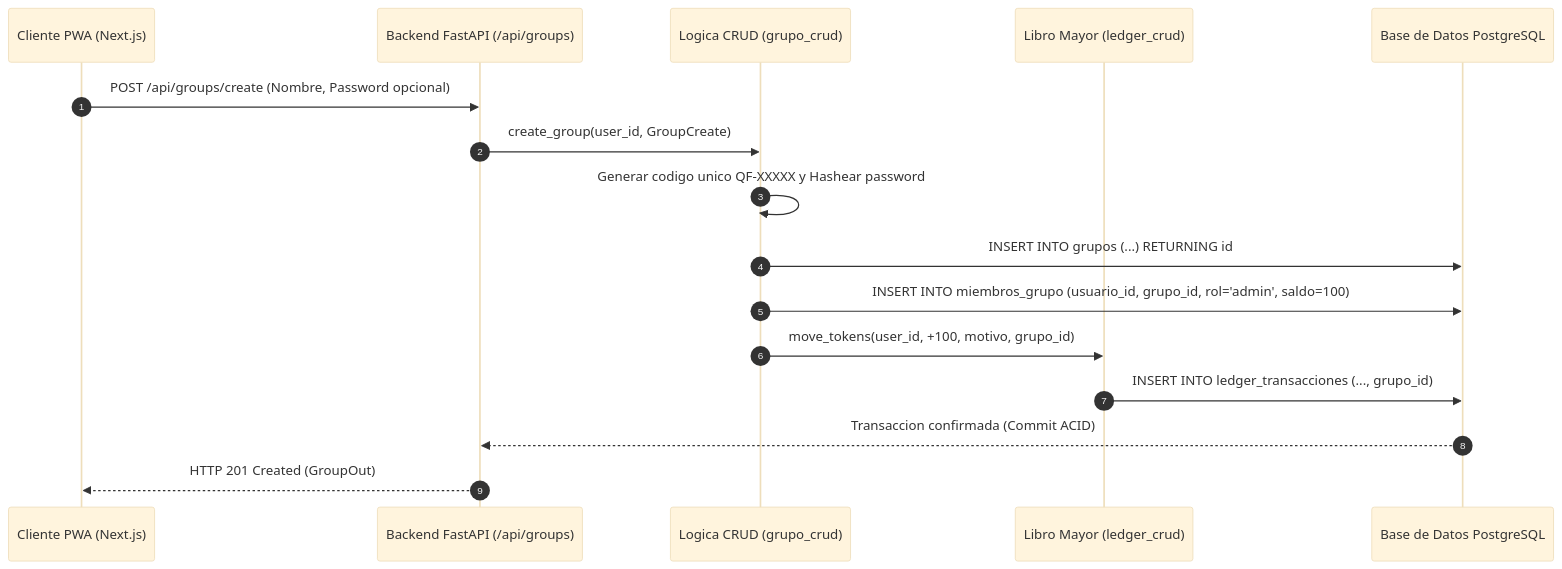
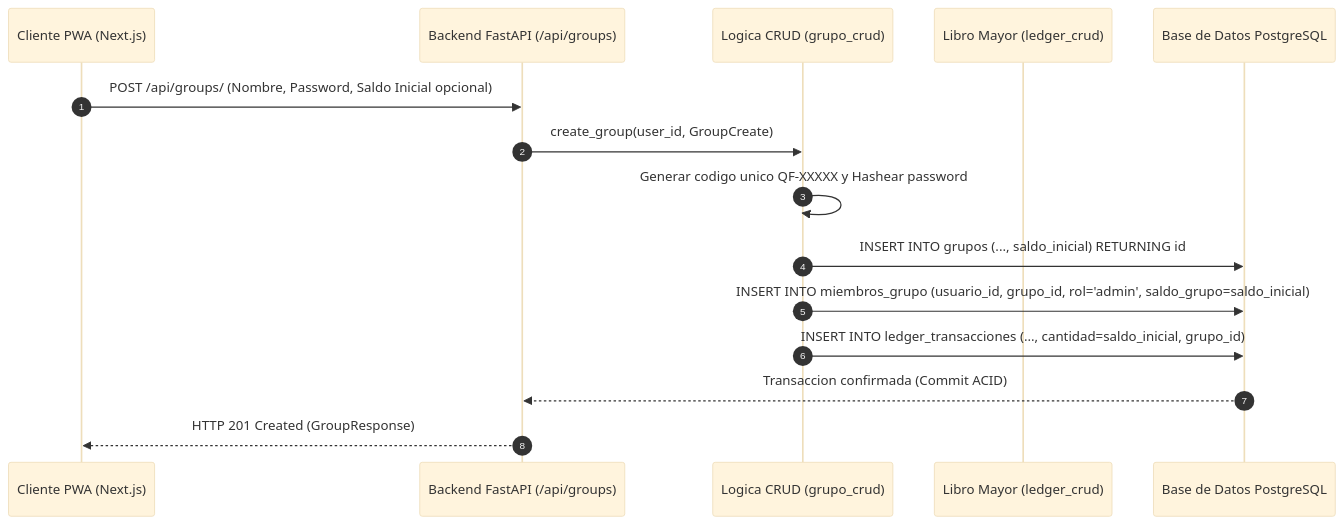
One commit to ivii-devs/questfest changed the diagram in obsidian_vault/02 - El Motor (Backend)/02.10 - Gestion de Grupos Membresias y Roles Granulares.md. Above: the diagram before and after it, drawn with Mermaid (base theme). The commit also changed other lines of this file and 9 other files, not shown here.

Commit message:
feat(grupos): saldo inicial configurable, mejoras visuales en movil y apertura automatica al crear grupo

````diff
--- a/obsidian_vault/02 - El Motor (Backend)/02.10 - Gestion de Grupos Membresias y Roles Granulares.md
+++ b/obsidian_vault/02 - El Motor (Backend)/02.10 - Gestion de Grupos Membresias y Roles Granulares.md
@@ -75,19 +77,18 @@
 ```mermaid
 sequenceDiagram
     autonumber
     participant Cliente as Cliente PWA (Next.js)
     participant API as Backend FastAPI (/api/groups)
     participant CRUD as Logica CRUD (grupo_crud)
     participant Ledger as Libro Mayor (ledger_crud)
     participant DB as Base de Datos PostgreSQL
 
-    Cliente->>API: POST /api/groups/create (Nombre, Password opcional)
+    Cliente->>API: POST /api/groups/ (Nombre, Password, Saldo Inicial opcional)
     API->>CRUD: create_group(user_id, GroupCreate)
     CRUD->>CRUD: Generar codigo unico QF-XXXXX y Hashear password
-    CRUD->>DB: INSERT INTO grupos (...) RETURNING id
-    CRUD->>DB: INSERT INTO miembros_grupo (usuario_id, grupo_id, rol='admin', saldo=100)
-    CRUD->>Ledger: move_tokens(user_id, +100, motivo, grupo_id)
-    Ledger->>DB: INSERT INTO ledger_transacciones (..., grupo_id)
+    CRUD->>DB: INSERT INTO grupos (..., saldo_inicial) RETURNING id
+    CRUD->>DB: INSERT INTO miembros_grupo (usuario_id, grupo_id, rol='admin', saldo_grupo=saldo_inicial)
+    CRUD->>DB: INSERT INTO ledger_transacciones (..., cantidad=saldo_inicial, grupo_id)
     DB-->>API: Transaccion confirmada (Commit ACID)
-    API-->>Cliente: HTTP 201 Created (GroupOut)
+    API-->>Cliente: HTTP 201 Created (GroupResponse)
 ```
````
